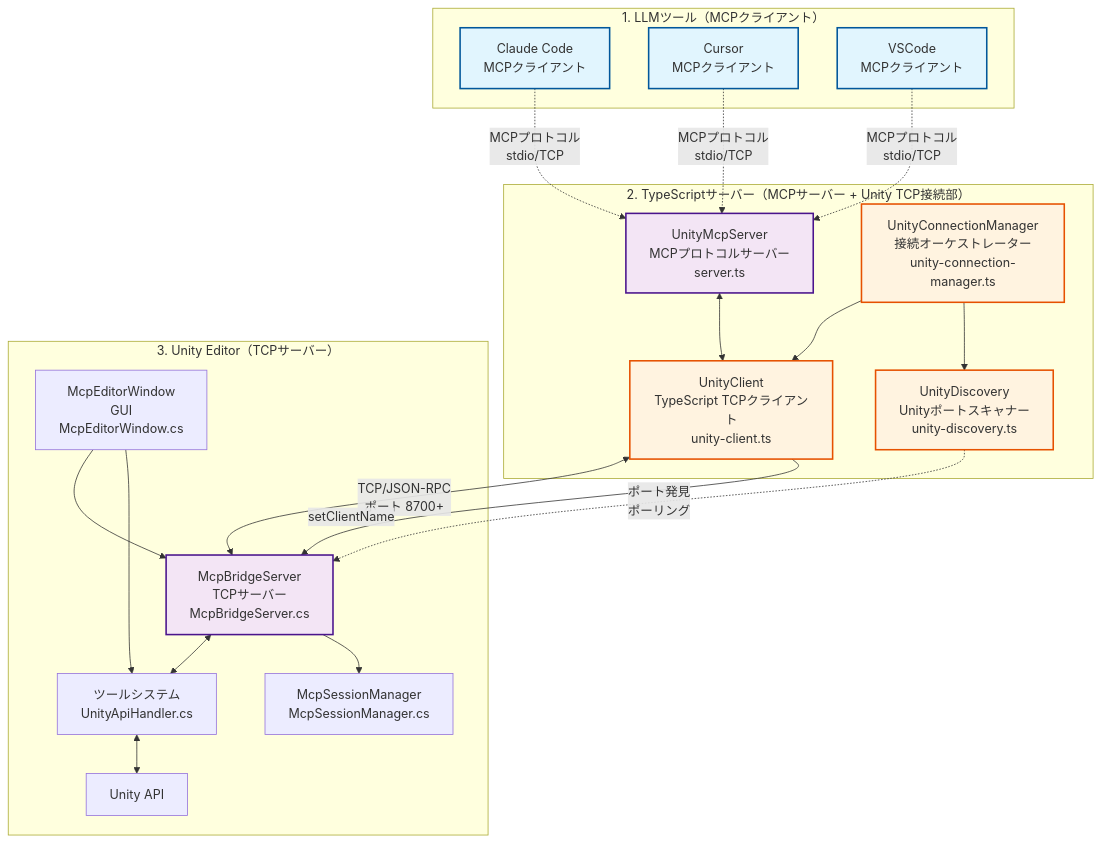
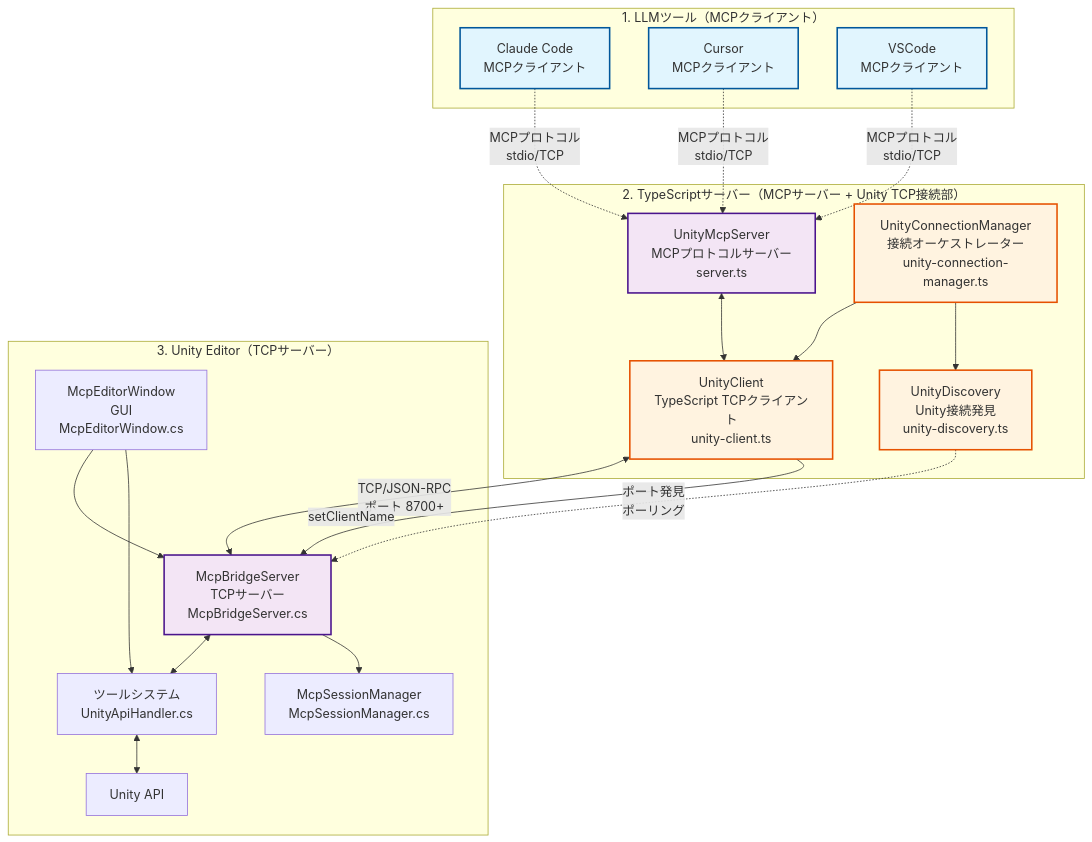
The first of 16 diagrams in Packages/src/ARCHITECTURE_ja.md (hatayama/uLoopMCP), drawn with Mermaid before and after one commit. The commit also changed other lines of this file and 3 other files, not shown here.

First line of the commit message:
refactor: optimize Unity discovery to use single specified port

````diff
--- a/Packages/src/ARCHITECTURE_ja.md
+++ b/Packages/src/ARCHITECTURE_ja.md
@@ -9,47 +9,47 @@
 ```mermaid
 graph TB
     subgraph "1. LLMツール（MCPクライアント）"
         Claude[Claude Code<br/>MCPクライアント]
         Cursor[Cursor<br/>MCPクライアント]
         VSCode[VSCode<br/>MCPクライアント]
     end
     
     subgraph "2. TypeScriptサーバー（MCPサーバー + Unity TCP接続部）"
         MCP[UnityMcpServer<br/>MCPプロトコルサーバー<br/>server.ts]
         UC[UnityClient<br/>TypeScript TCPクライアント<br/>unity-client.ts]
         UCM[UnityConnectionManager<br/>接続オーケストレーター<br/>unity-connection-manager.ts]
-        UD[UnityDiscovery<br/>Unityポートスキャナー<br/>unity-discovery.ts]
+        UD[UnityDiscovery<br/>Unity接続発見<br/>unity-discovery.ts]
     end
     
     subgraph "3. Unity Editor（TCPサーバー）"
         MB[McpBridgeServer<br/>TCPサーバー<br/>McpBridgeServer.cs]
         CMD[ツールシステム<br/>UnityApiHandler.cs]
         UI[McpEditorWindow<br/>GUI<br/>McpEditorWindow.cs]
         API[Unity API]
         SM[McpSessionManager<br/>McpSessionManager.cs]
     end
     
     Claude -.->|MCPプロトコル<br/>stdio/TCP| MCP
     Cursor -.->|MCPプロトコル<br/>stdio/TCP| MCP
     VSCode -.->|MCPプロトコル<br/>stdio/TCP| MCP
     
     MCP <--> UC
     UCM --> UC
     UCM --> UD
     UD -.->|ポート発見<br/>ポーリング| MB
     UC <-->|TCP/JSON-RPC<br/>ポート 8700+| MB
     UC -->|setClientName| MB
     MB <--> CMD
     CMD <--> API
     UI --> MB
     UI --> CMD
     MB --> SM
     
     classDef client fill:#e1f5fe,stroke:#01579b,stroke-width:2px
     classDef server fill:#f3e5f5,stroke:#4a148c,stroke-width:2px
     classDef bridge fill:#fff3e0,stroke:#e65100,stroke-width:2px
     
     class Claude,Cursor,VSCode client
     class MCP,MB server
     class UC,UD,UCM bridge
 ```
````
